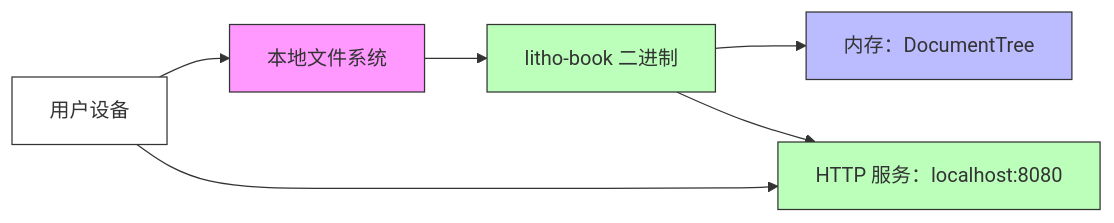
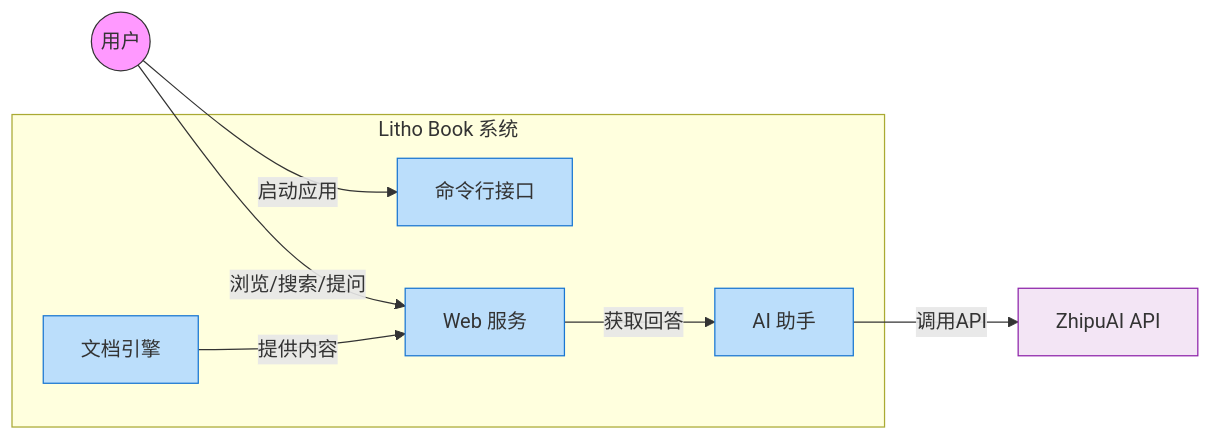
The second of 8 diagrams in docs/2、架构概览.md (sopaco/litho-book), drawn with Mermaid before and after one commit. The commit also changed other lines of this file and 16 other files, not shown here.

````diff
--- a/docs/2、架构概览.md
+++ b/docs/2、架构概览.md
@@ -652,25 +122,24 @@
 ```mermaid
 graph LR
-    A[用户设备] --> B[本地文件系统]
-    B --> C[litho-book 二进制]
-    C --> D[内存：DocumentTree]
-    C --> E[HTTP 服务：localhost:8080]
-    A --> E
+    User((用户))
 
-    style A fill:#fff,stroke:#333
-    style B fill:#f9f,stroke:#333
-    style C fill:#bfb,stroke:#333
-    style D fill:#bbf,stroke:#333
-    style E fill:#bfb,stroke:#333
+    subgraph "Litho Book 系统"
+        CLI[命令行接口]
+        Web[Web 服务]
+        DocEngine[文档引擎]
+        AI[AI 助手]
+    end
 
-    classDef user fill:#fff,stroke:#333;
-    classDef data fill:#f9f,stroke:#333;
-    classDef app fill:#bfb,stroke:#333;
-    classDef memory fill:#bbf,stroke:#333;
+    External[ZhipuAI API]
 
-    class A user
-    class B data
-    class C app
-    class D memory
-    class E app
+    User -- "启动应用" --> CLI
+    User -- "浏览/搜索/提问" --> Web
+    Web -- "获取回答" --> AI
+    AI -- "调用API" --> External
+    DocEngine -- "提供内容" --> Web
+
+    style User fill:#f9f,stroke:#333
+    style External fill:#f3e5f5,stroke:#8e24aa
+    classDef system fill:#bbdefb,stroke:#1976d2;
+    class CLI,Web,DocEngine,AI system
 ```
````
